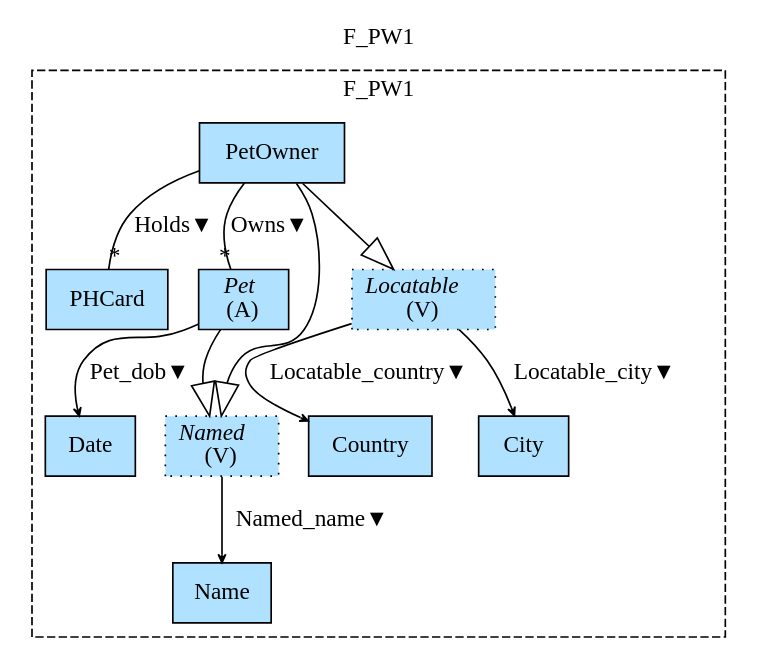
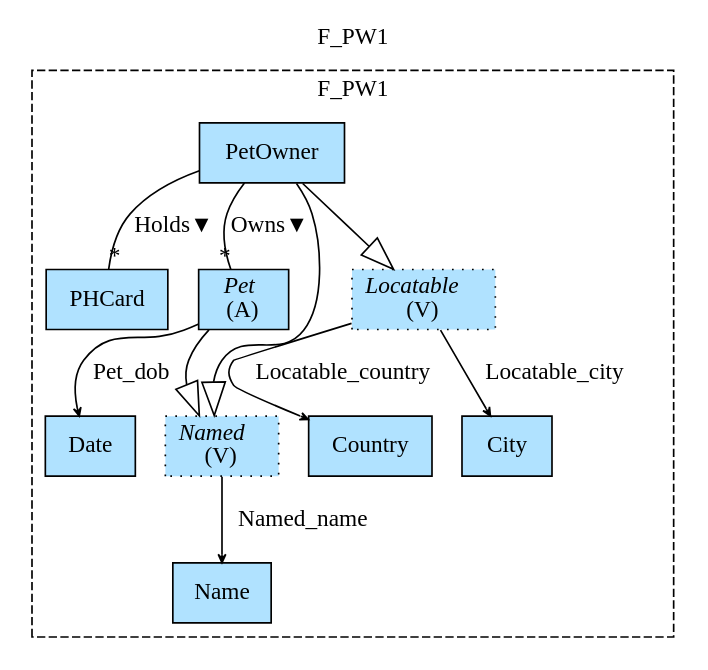
The diagram in Haskell/FragmentaTests/PetsWorld/img/F_PW1.gv (namalio/Fragmenta), drawn with Graphviz before and after one commit. The commit also changed 39 other files, not shown here.

```diff
--- a/Haskell/FragmentaTests/PetsWorld/img/F_PW1.gv
+++ b/Haskell/FragmentaTests/PetsWorld/img/F_PW1.gv
@@ -1,24 +1,24 @@
 digraph {graph[label=F_PW1,labelloc=tl,labelfontsize=12];
 subgraph cluster_F_PW1{style=dashed;label=F_PW1;
 "Name"[shape=record,fillcolor=lightskyblue1,style = filled,label="Name"];
 "Country"[shape=record,fillcolor=lightskyblue1,style = filled,label="Country"];
 "City"[shape=record,fillcolor=lightskyblue1,style = filled,label="City"];
 "Date"[shape=record,fillcolor=lightskyblue1,style = filled,label="Date"];
 "PHCard"[shape=record,fillcolor=lightskyblue1,style = filled,label="PHCard"];
 "Pet"[shape=record,fillcolor=lightskyblue1,style = filled,label=<{<I>Pet</I><br/>(A)}>];
 "Named"[shape=record,fillcolor=lightskyblue1,style ="filled,dotted",label=<{<I>Named</I><br/>(V)}>];
 "PetOwner"[shape=record,fillcolor=lightskyblue1,style = filled,label="PetOwner"];
 "Locatable"[shape=record,fillcolor=lightskyblue1,style ="filled,dotted",label=<{<I>Locatable</I><br/>(V)}>];
 
-"Named"->"Name"[label="Named_name▼",arrowhead=vee,headlabel="",arrowsize=.5];
-"Locatable"->"Country"[label="Locatable_country▼",arrowhead=vee,headlabel="",arrowsize=.5];
-"Locatable"->"City"[label="Locatable_city▼",arrowhead=vee,headlabel="",arrowsize=.5];
-"Pet"->"Date"[label="Pet_dob▼",arrowhead=vee,headlabel="",arrowsize=.5];
+"Named"->"Name"[label="Named_name",arrowhead=vee,headlabel="",arrowsize=.5];
+"Locatable"->"Country"[label="Locatable_country",arrowhead=vee,headlabel="",arrowsize=.5];
+"Locatable"->"City"[label="Locatable_city",arrowhead=vee,headlabel="",arrowsize=.5];
+"Pet"->"Date"[label="Pet_dob",arrowhead=vee,headlabel="",arrowsize=.5];
 "PetOwner"->"Pet"[label="Owns▼",dir=none,taillabel="",headlabel="*"];
 "PetOwner"->"PHCard"[label="Holds▼",dir=none,taillabel="",headlabel="*"];
 "Pet"->"Named"[arrowhead=onormal,arrowsize=2.0];
 "PetOwner"->"Named"[arrowhead=onormal,arrowsize=2.0];
 "PetOwner"->"Locatable"[arrowhead=onormal,arrowsize=2.0];
 
 }
 }
```
